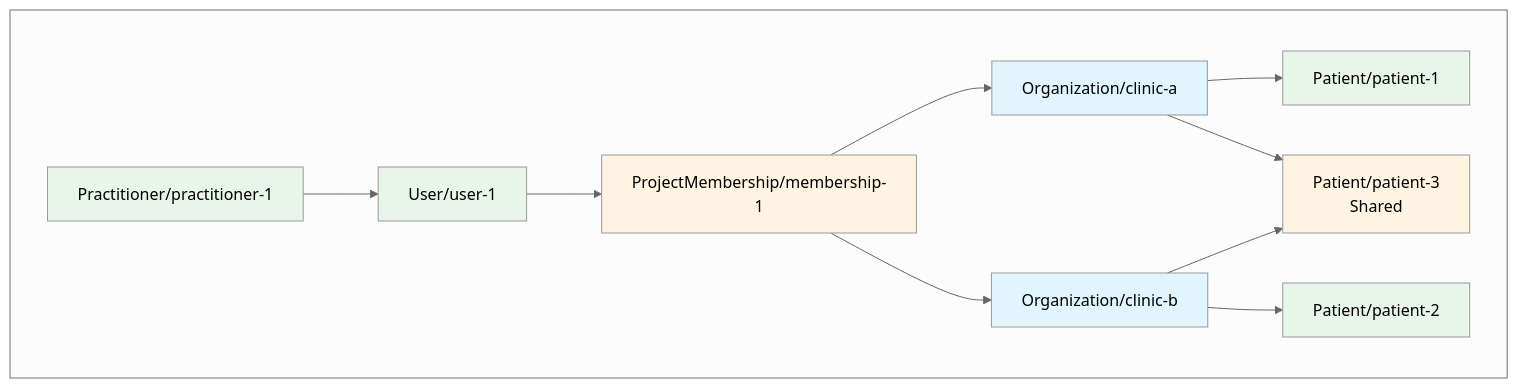
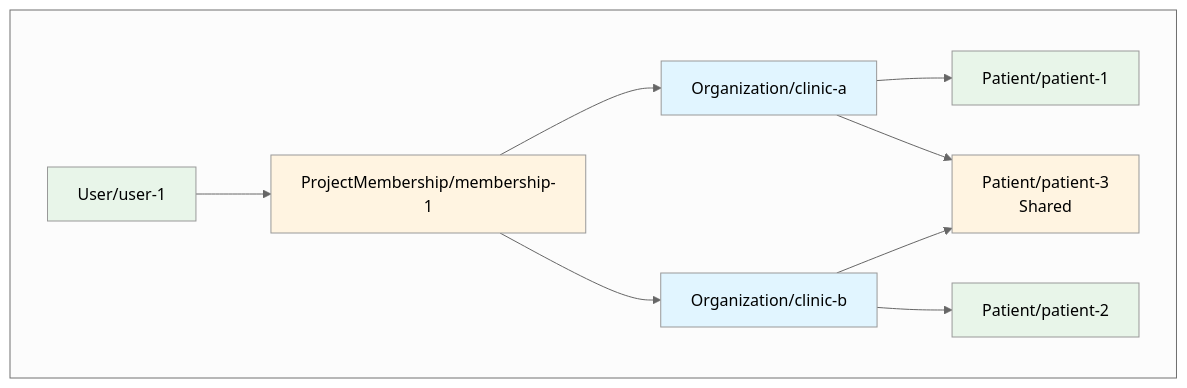
One commit to medplum/medplum changed the second of 4 diagrams in packages/docs/docs/access/multi-tenant-access-policy.md. Above: the diagram before and after it, drawn with Mermaid. The commit also changed other lines of this file and 1 other file, not shown here.

````diff
--- a/packages/docs/docs/access/multi-tenant-access-policy.md
+++ b/packages/docs/docs/access/multi-tenant-access-policy.md
@@ -117,31 +119,28 @@
 ```mermaid
 %%{init: {'theme': 'neutral' }}%%
 graph TB
     subgraph OrgSection[" "]
-        PracOrg[Practitioner/practitioner-1]
         UserOrg[User/user-1]
         PMOrg[ProjectMembership/membership-1]
         Org1[Organization/clinic-a]
         Org2[Organization/clinic-b]
         PatOrg1[Patient/patient-1]
         PatOrg2[Patient/patient-2]
         PatOrgShared[Patient/patient-3<br/>Shared]
-        PracOrg --> UserOrg
         UserOrg --> PMOrg
         PMOrg --> Org1
         PMOrg --> Org2
         Org1 --> PatOrg1
         Org1 --> PatOrgShared
         Org2 --> PatOrg2
         Org2 --> PatOrgShared
     end
     
-    style PracOrg fill:#e8f5e9
     style UserOrg fill:#e8f5e9
     style PMOrg fill:#fff4e1
     style Org1 fill:#e1f5ff
     style Org2 fill:#e1f5ff
     style PatOrg1 fill:#e8f5e9
     style PatOrg2 fill:#e8f5e9
     style PatOrgShared fill:#fff4e1
 ```
````
